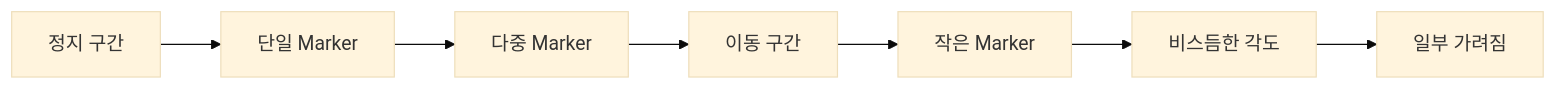
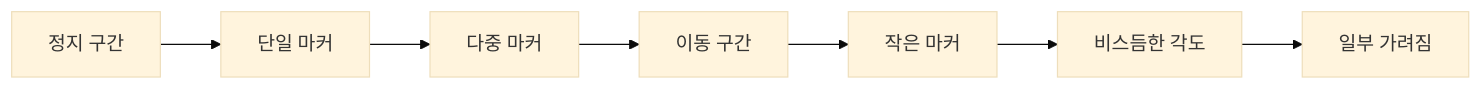
The ninth of 9 diagrams in README.md (JIWOO1127/machine-vision1), drawn with Mermaid (base theme) before and after one commit. The commit also changed other lines of this file and 8 other files, not shown here.

````diff
--- a/README.md
+++ b/README.md
@@ -951,17 +1047,9 @@
 ```mermaid
 flowchart LR
-    A[정지 구간]
-    B[단일 Marker]
-    C[다중 Marker]
-    D[이동 구간]
-    E[작은 Marker]
-    F[비스듬한 각도]
-    G[일부 가려짐]
-
-    A --> B
-    B --> C
-    C --> D
-    D --> E
-    E --> F
-    F --> G
+    A[정지 구간] --> B[단일 마커]
+    B --> C[다중 마커]
+    C --> D[이동 구간]
+    D --> E[작은 마커]
+    E --> F[비스듬한 각도]
+    F --> G[일부 가려짐]
 ```
````
